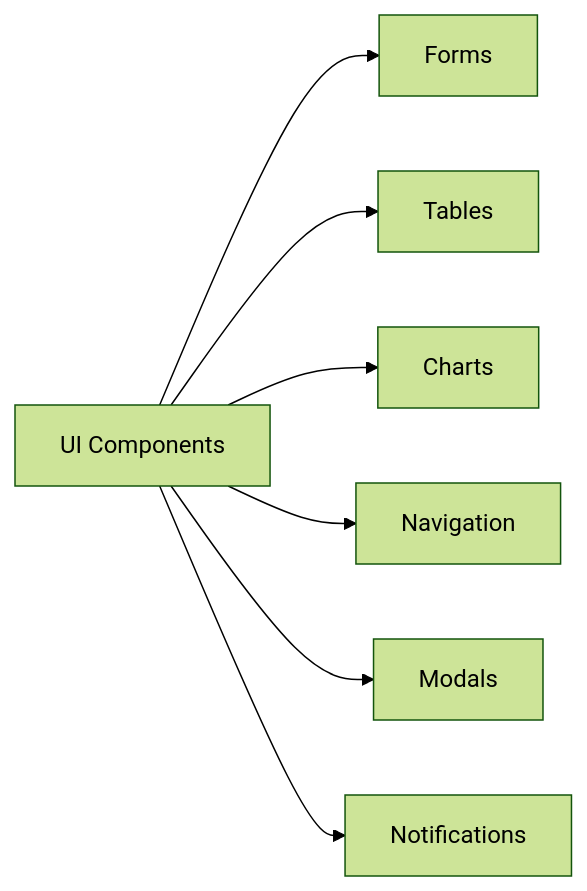
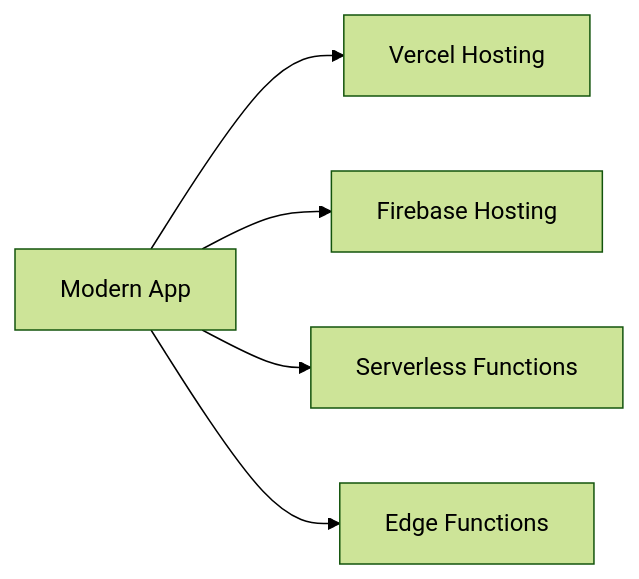
Before and after one commit to racksync/workshop-ai: the second of 2 diagrams in chapters/11-vibe-coding-framework.md, drawn with Mermaid (forest theme). The commit also changed other lines of this file and 3 other files, not shown here.

````diff
--- a/chapters/11-vibe-coding-framework.md
+++ b/chapters/11-vibe-coding-framework.md
@@ -100,9 +139,7 @@
 ```mermaid
 graph LR
-    A[UI Components] --> B[Forms]
-    A --> C[Tables]
-    A --> D[Charts]
-    A --> E[Navigation]
-    A --> F[Modals]
-    A --> G[Notifications]
+    A[Modern App] --> B[Vercel Hosting]
+    A --> C[Firebase Hosting]
+    A --> D[Serverless Functions]
+    A --> E[Edge Functions]
 ```
````
